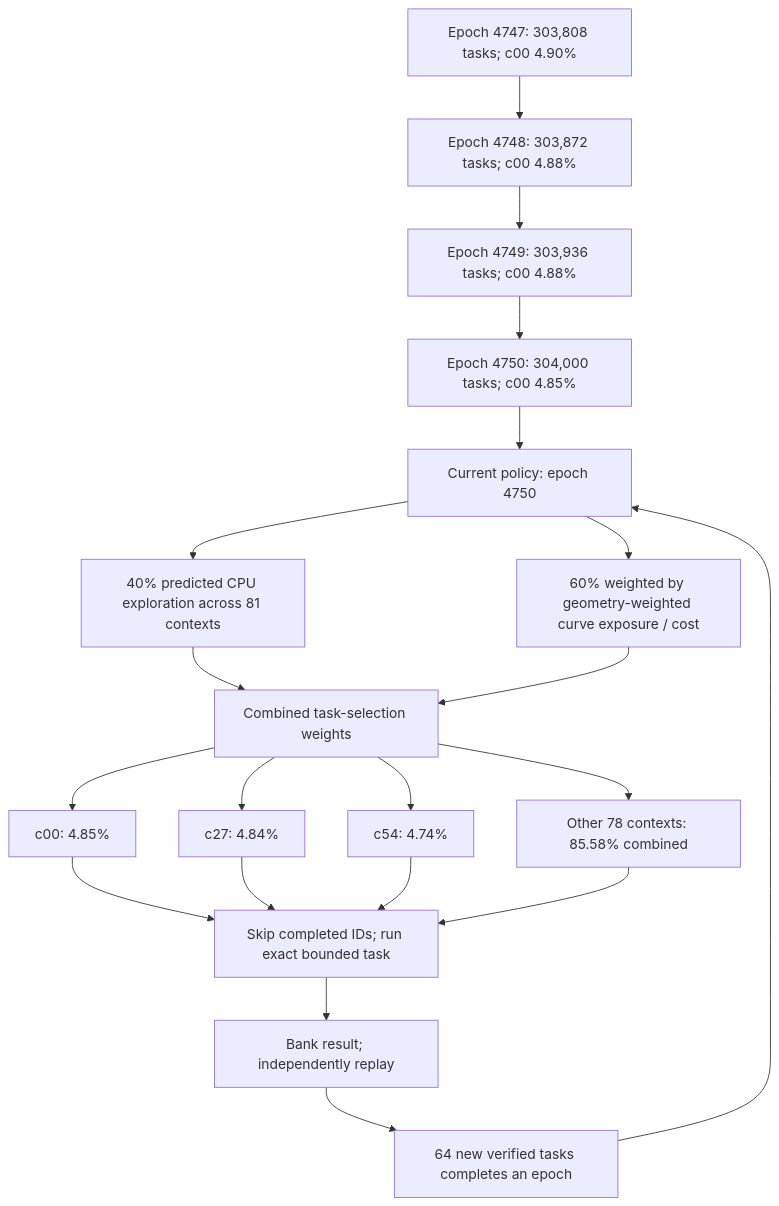
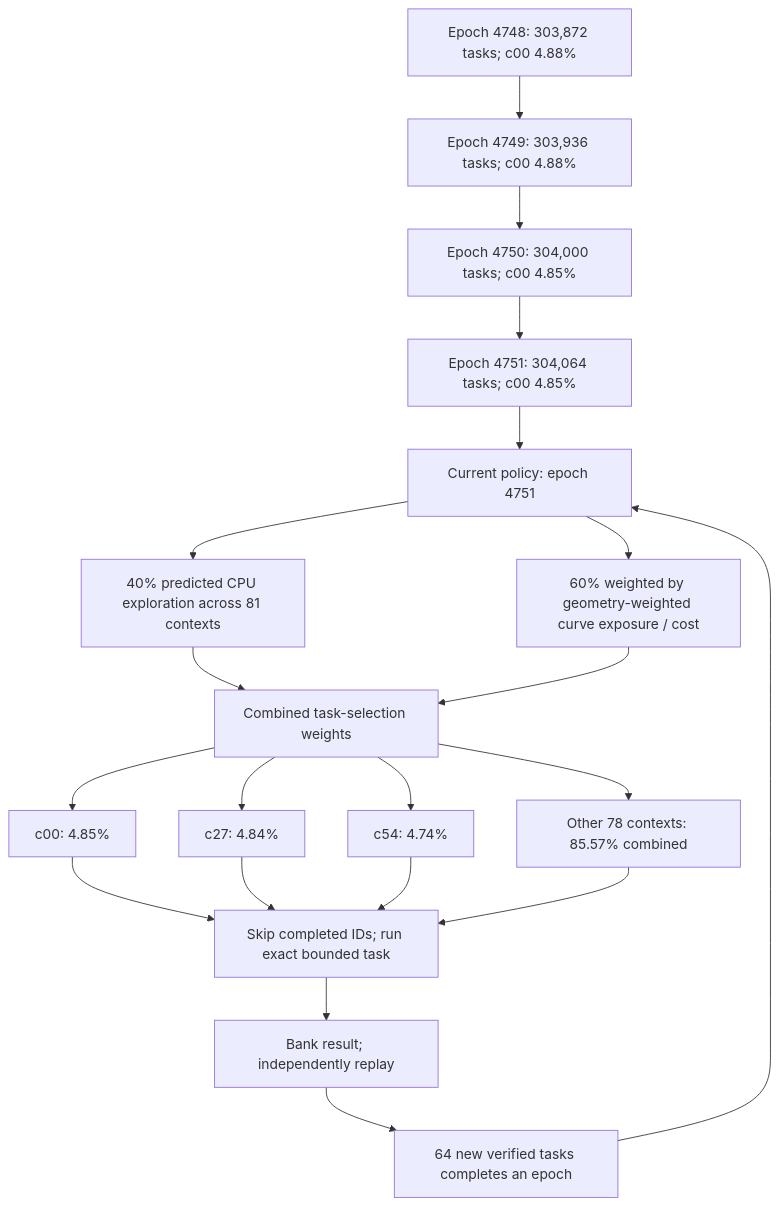
Before and after one commit to Kuberwastaken/math-gambling: the first of 3 diagrams in README.md, drawn with Mermaid. The commit also changed other lines of this file and 4882 other files, not shown here.

````diff
--- a/README.md
+++ b/README.md
@@ -60,27 +60,27 @@
 ```mermaid
 flowchart TD
-    H0["Epoch 4747: 303,808 tasks; c00 4.90%"]
-    H1["Epoch 4748: 303,872 tasks; c00 4.88%"]
+    H0["Epoch 4748: 303,872 tasks; c00 4.88%"]
+    H1["Epoch 4749: 303,936 tasks; c00 4.88%"]
     H0 --> H1
-    H2["Epoch 4749: 303,936 tasks; c00 4.88%"]
+    H2["Epoch 4750: 304,000 tasks; c00 4.85%"]
     H1 --> H2
-    H3["Epoch 4750: 304,000 tasks; c00 4.85%"]
+    H3["Epoch 4751: 304,064 tasks; c00 4.85%"]
     H2 --> H3
-    Policy["Current policy: epoch 4750"]
+    Policy["Current policy: epoch 4751"]
     H3 --> Policy
     Policy --> Explore["40% predicted CPU exploration across 81 contexts"]
     Policy --> Cost["60% weighted by geometry-weighted curve exposure / cost"]
     Explore --> Mix["Combined task-selection weights"]
     Cost --> Mix
     Mix --> C0["c00: 4.85%"]
     Mix --> C1["c27: 4.84%"]
     Mix --> C2["c54: 4.74%"]
-    Mix --> Rest["Other 78 contexts: 85.58% combined"]
+    Mix --> Rest["Other 78 contexts: 85.57% combined"]
     C0 --> Check["Skip completed IDs; run exact bounded task"]
     C1 --> Check
     C2 --> Check
     Rest --> Check
     Check --> Replay["Bank result; independently replay"]
     Replay --> Gate["64 new verified tasks completes an epoch"]
     Gate --> Policy
 ```
````
